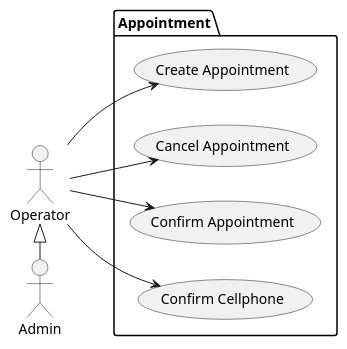
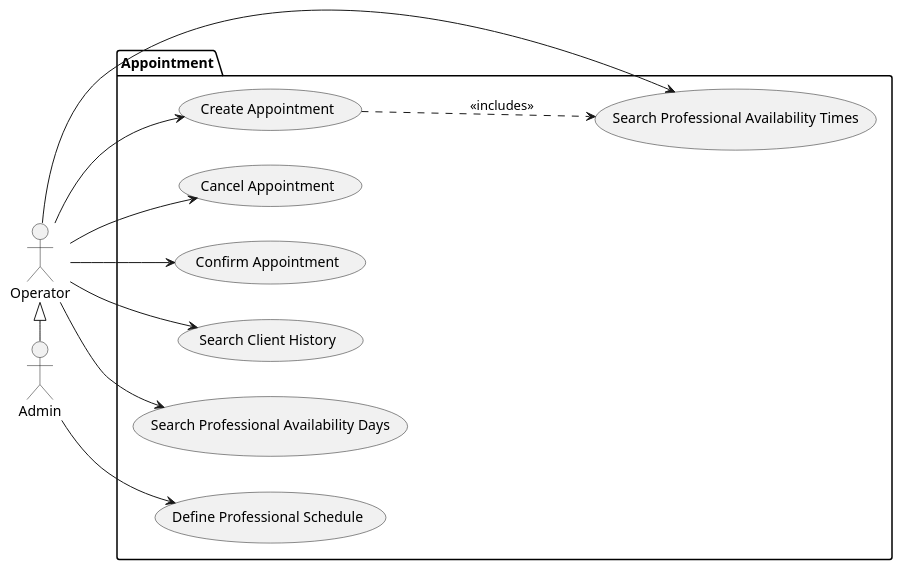
One commit to MichaelDouglasLima/appointment-conception changed the diagram in docs/use-cases.puml. Above: the diagram before and after it, drawn with PlantUML. The commit also changed 2 other files, not shown here.

```diff
--- a/docs/use-cases.puml
+++ b/docs/use-cases.puml
@@ -1,21 +1,28 @@
 @startuml "use-cases"
 left to right direction
 
 actor Operator as o
 actor Admin as a
 
 package Appointment {
     usecase "Create Appointment" as UC1
     usecase "Cancel Appointment" as UC2
     usecase "Confirm Appointment" as UC3
-    usecase "Confirm Cellphone" as UC4
+    usecase "Define Professional Schedule" as UC4
+    usecase "Search Client History" as UC5
+    usecase "Search Professional Availability Days" as UC6
+    usecase "Search Professional Availability Times" as UC7
 }
 
 o <|-right- a
 
 o --> UC1
 o --> UC2
 o --> UC3
-o --> UC4
+o --> UC5
+o --> UC6
+o --> UC7
+a --> UC4
+(UC1) ...> (UC7) : <<includes>>
 
 @enduml
```
